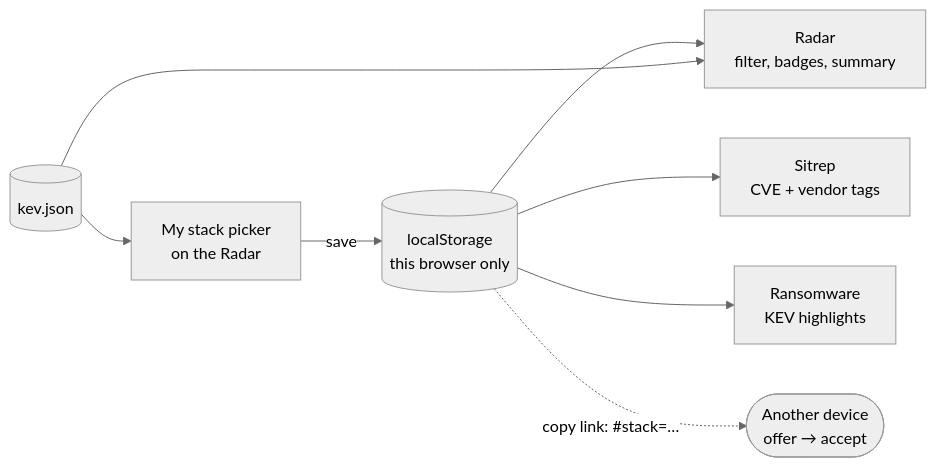
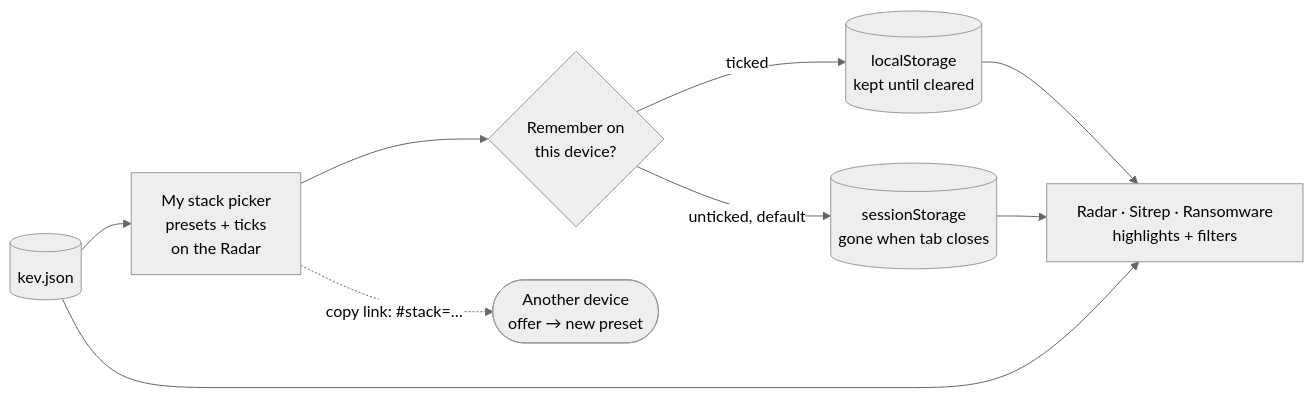
The diagram in specs/004-my-stack/plan.md (smashytech/threat-radar), drawn with Mermaid (neutral theme) before and after one commit. The commit also changed other lines of this file and 2 other files, not shown here.

First line of the commit message:
docs: spec 004 v2 adds named presets and a Remember tickbox

````diff
--- a/specs/004-my-stack/plan.md
+++ b/specs/004-my-stack/plan.md
@@ -14,10 +14,11 @@
 ```mermaid
 flowchart LR
-    PICK[My stack picker<br/>on the Radar] -->|save| LS[(localStorage<br/>this browser only)]
-    LS --> RADAR[Radar<br/>filter, badges, summary]
-    LS --> SITREP[Sitrep<br/>CVE + vendor tags]
-    LS --> BW[Ransomware<br/>KEV highlights]
+    PICK[My stack picker<br/>presets + ticks<br/>on the Radar] --> REM{Remember on<br/>this device?}
+    REM -->|ticked| LS[(localStorage<br/>kept until cleared)]
+    REM -->|unticked, default| SS[(sessionStorage<br/>gone when tab closes)]
+    LS --> PAGES[Radar · Sitrep · Ransomware<br/>highlights + filters]
+    SS --> PAGES
     KEV[(kev.json)] --> PICK
-    KEV --> RADAR
-    LS -. "copy link: #stack=…" .-> OTHER([Another device<br/>offer → accept])
+    KEV --> PAGES
+    PICK -. "copy link: #stack=…" .-> OTHER([Another device<br/>offer → new preset])
 ```
````
